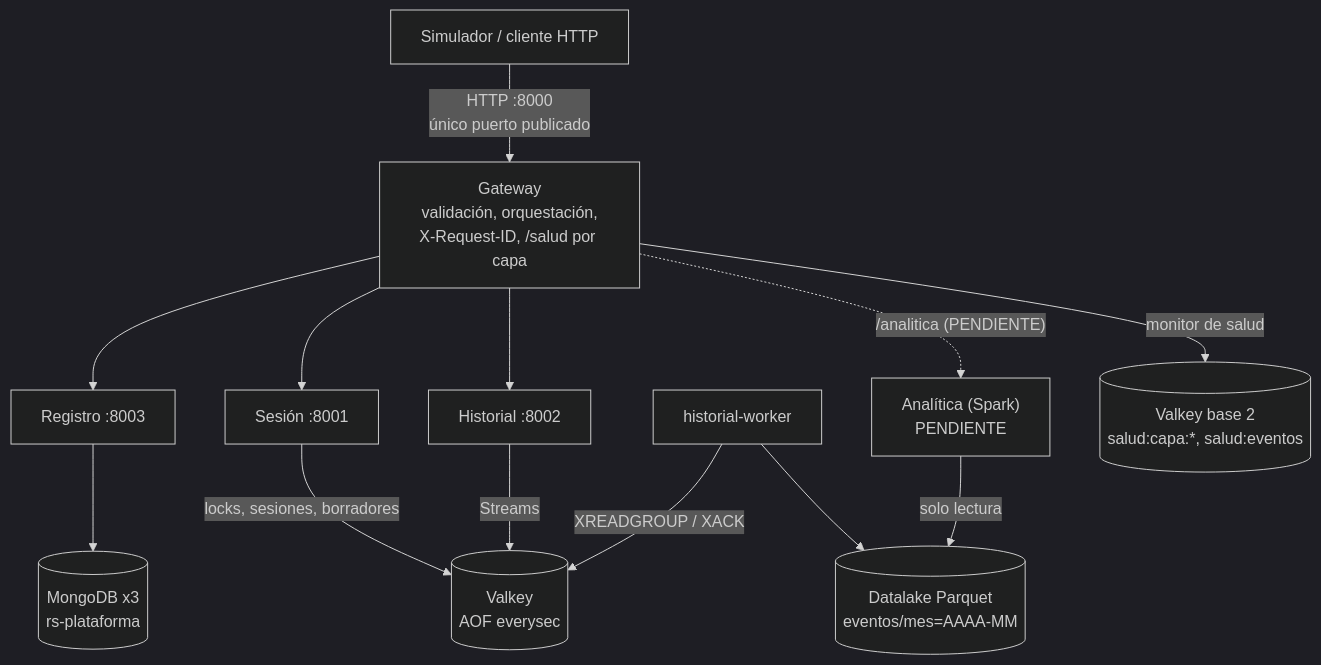
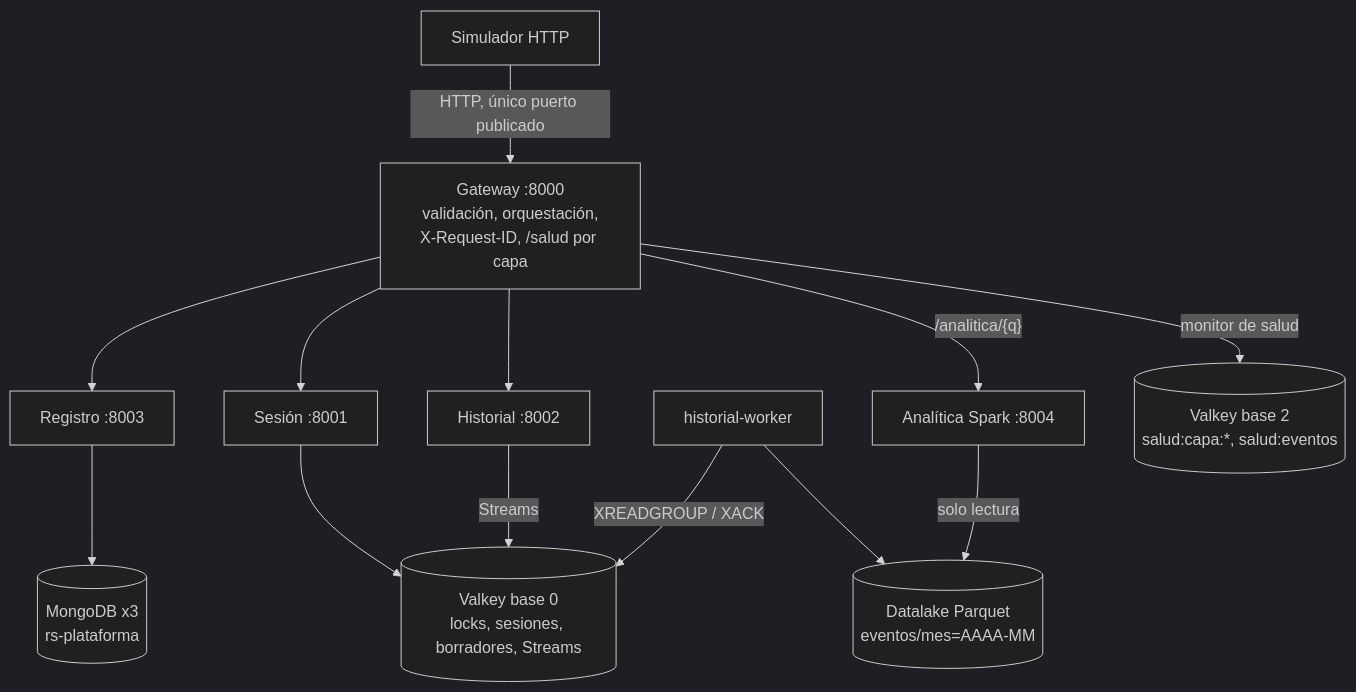
One commit to Chris-0307/proyecto2_BDA changed the diagram in proyecto2/docs/informe.md. Above: the diagram before and after it, drawn with Mermaid (dark theme). The commit also changed other lines of this file and 22 other files, not shown here.

Commit message:
[ADD] Salud y aislamiento de Analítica, planes explain del registro

````diff
--- a/proyecto2/docs/informe.md
+++ b/proyecto2/docs/informe.md
@@ -42,27 +29,24 @@
 ```mermaid
 flowchart TB
-    sim["Simulador / cliente HTTP"]
-    gw["Gateway<br/>validación, orquestación,<br/>X-Request-ID, /salud por capa"]
+    sim["Simulador HTTP"]
+    gw["Gateway :8000<br/>validación, orquestación,<br/>X-Request-ID, /salud por capa"]
     reg["Registro :8003"]
     ses["Sesión :8001"]
     his["Historial :8002"]
+    ana["Analítica Spark :8004"]
     worker["historial-worker"]
     mongo[("MongoDB x3<br/>rs-plataforma")]
-    valkey[("Valkey<br/>AOF everysec")]
+    valkey[("Valkey base 0<br/>locks, sesiones, borradores, Streams")]
+    salud[("Valkey base 2<br/>salud:capa:*, salud:eventos")]
     lake[("Datalake Parquet<br/>eventos/mes=AAAA-MM")]
-    ana["Analítica (Spark)<br/>PENDIENTE"]
-    salud[("Valkey base 2<br/>salud:capa:*, salud:eventos")]
 
-    sim -->|"HTTP :8000<br/>único puerto publicado"| gw
-    gw --> reg
-    gw --> ses
-    gw --> his
-    reg --> mongo
-    ses -->|"locks, sesiones, borradores"| valkey
-    his -->|"Streams"| valkey
+    sim -->|"HTTP, único puerto publicado"| gw
+    gw --> reg --> mongo
+    gw --> ses --> valkey
+    gw --> his -->|"Streams"| valkey
+    gw -->|"/analitica/{q}"| ana
+    gw -->|"monitor de salud"| salud
     worker -->|"XREADGROUP / XACK"| valkey
     worker --> lake
     ana -->|"solo lectura"| lake
-    gw -.->|"/analitica (PENDIENTE)"| ana
-    gw -->|"monitor de salud"| salud
 ```
````
